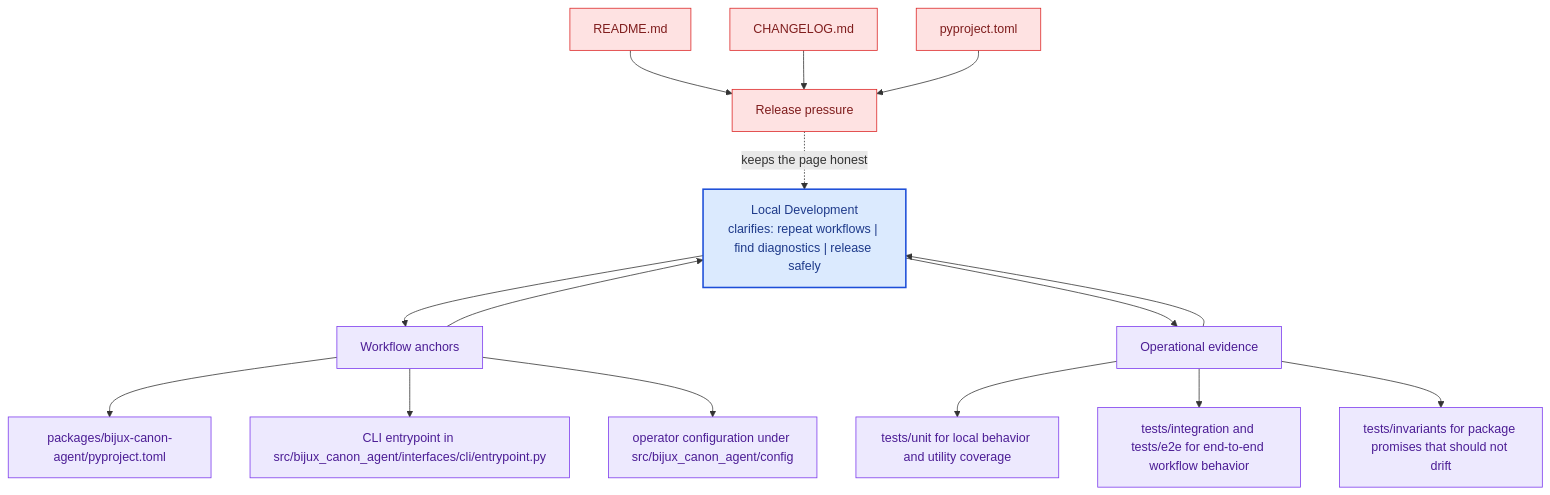
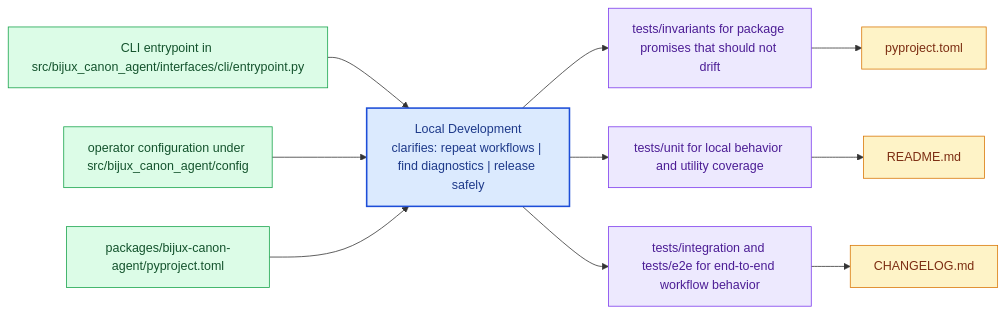
The diagram in docs/bijux-canon-agent/operations/local-development.md (bijux/bijux-canon), drawn with Mermaid before and after one commit. The commit also changed other lines of this file and 281 other files, not shown here.

Commit message:
docs(diagrams): replace repeated mermaid scaffolds with page-specific summaries

````diff
--- a/docs/bijux-canon-agent/operations/local-development.md
+++ b/docs/bijux-canon-agent/operations/local-development.md
@@ -68,41 +23,31 @@
 ```mermaid
-flowchart TB
-    promise["Local Development<br/>clarifies: repeat workflows | find diagnostics | release safely"]
-    classDef promise fill:#dbeafe,stroke:#1d4ed8,color:#1e3a8a,stroke-width:2px;
-    classDef driver fill:#dcfce7,stroke:#16a34a,color:#14532d;
-    classDef constraint fill:#fee2e2,stroke:#dc2626,color:#7f1d1d;
-    classDef ground fill:#ede9fe,stroke:#7c3aed,color:#4c1d95;
-    focus1["Workflow anchors"]
-    focus1 --> promise
-    promise --> focus1
-    focus1_1["packages/bijux-canon-agent/pyproject.toml"]
-    focus1 --> focus1_1
-    focus1_2["CLI entrypoint in src/bijux_canon_agent/interfaces/cli/entrypoint.py"]
-    focus1 --> focus1_2
-    focus1_3["operator configuration under src/bijux_canon_agent/config"]
-    focus1 --> focus1_3
-    class focus1 ground;
-    class focus1_1,focus1_2,focus1_3 ground;
-    focus2["Operational evidence"]
-    focus2 --> promise
-    promise --> focus2
-    focus2_1["tests/unit for local behavior and utility coverage"]
-    focus2 --> focus2_1
-    focus2_2["tests/integration and tests/e2e for end-to-end workflow behavior"]
-    focus2 --> focus2_2
-    focus2_3["tests/invariants for package promises that should not drift"]
-    focus2 --> focus2_3
-    class focus2 ground;
-    class focus2_1,focus2_2,focus2_3 ground;
-    focus3["Release pressure"]
-    focus3 -.keeps the page honest.-> promise
-    focus3_1["README.md"]
-    focus3_1 --> focus3
-    focus3_2["CHANGELOG.md"]
-    focus3_2 --> focus3
-    focus3_3["pyproject.toml"]
-    focus3_3 --> focus3
-    class focus3 constraint;
-    class focus3_1,focus3_2,focus3_3 constraint;
-    class promise promise;
+flowchart LR
+    page["Local Development<br/>clarifies: repeat workflows | find diagnostics | release safely"]
+    classDef page fill:#dbeafe,stroke:#1d4ed8,color:#1e3a8a,stroke-width:2px;
+    classDef positive fill:#dcfce7,stroke:#16a34a,color:#14532d;
+    classDef caution fill:#fee2e2,stroke:#dc2626,color:#7f1d1d;
+    classDef anchor fill:#ede9fe,stroke:#7c3aed,color:#4c1d95;
+    classDef action fill:#fef3c7,stroke:#d97706,color:#7c2d12;
+    step1["CLI entrypoint in src/bijux_canon_agent/interfaces/cli/entrypoint.py"]
+    step1 --> page
+    step2["operator configuration under src/bijux_canon_agent/config"]
+    step2 --> page
+    step3["packages/bijux-canon-agent/pyproject.toml"]
+    step3 --> page
+    run1["tests/invariants for package promises that should not drift"]
+    page --> run1
+    run2["tests/unit for local behavior and utility coverage"]
+    page --> run2
+    run3["tests/integration and tests/e2e for end-to-end workflow behavior"]
+    page --> run3
+    release1["pyproject.toml"]
+    run1 --> release1
+    release2["README.md"]
+    run2 --> release2
+    release3["CHANGELOG.md"]
+    run3 --> release3
+    class page page;
+    class step1,step2,step3 positive;
+    class run1,run2,run3 anchor;
+    class release1,release2,release3 action;
 ```
````
